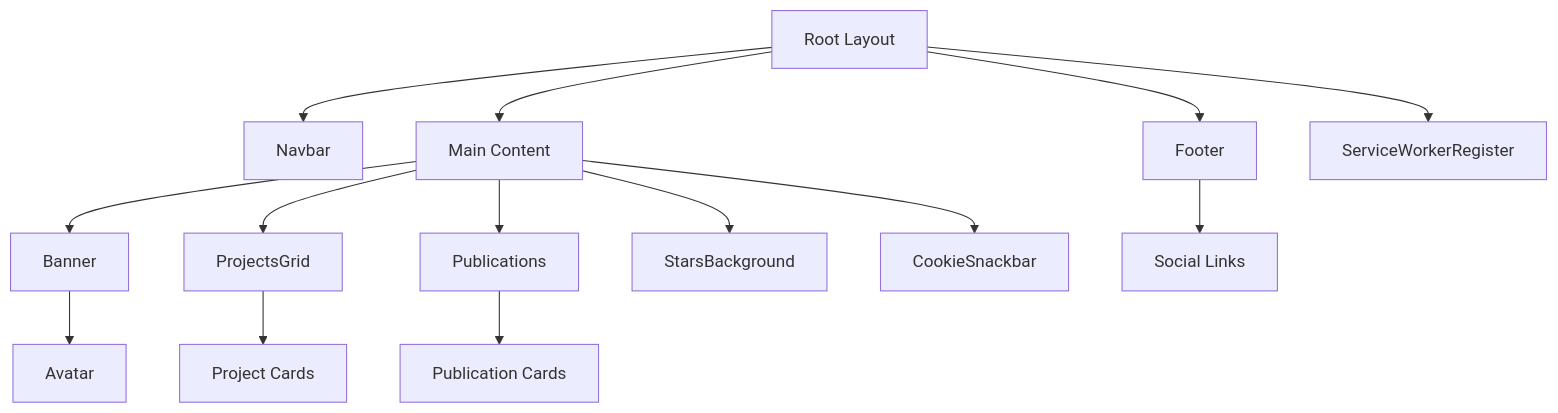
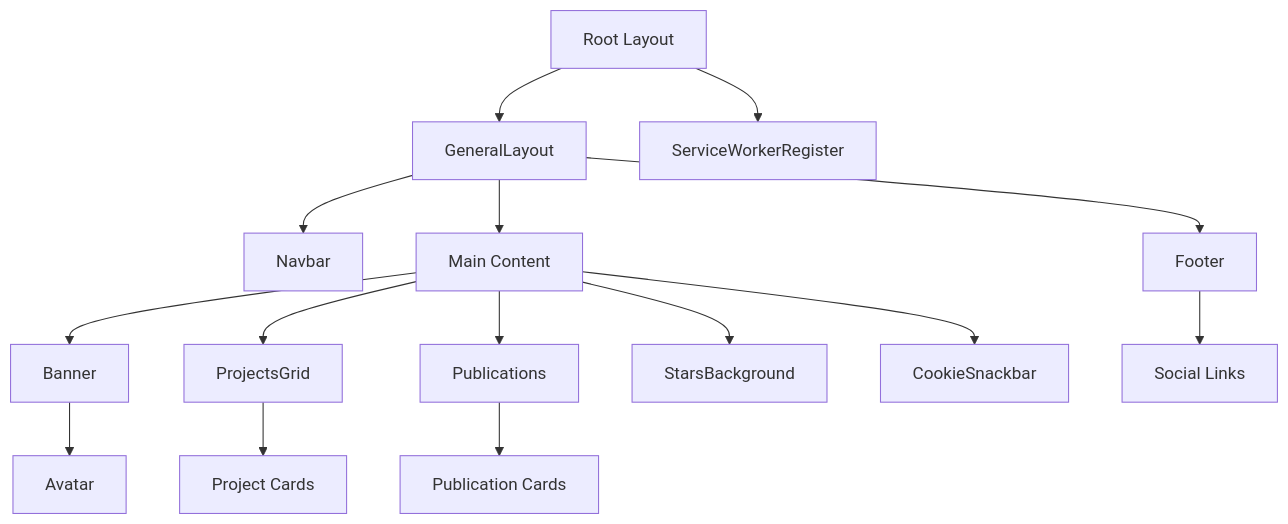
The first of 3 diagrams in docs/architecture/components/index.md (AlexJSully/AlexJSully-Portfolio), drawn with Mermaid before and after one commit. The commit also changed other lines of this file and 42 other files, not shown here.

````diff
--- a/docs/architecture/components/index.md
+++ b/docs/architecture/components/index.md
@@ -20,21 +20,22 @@
 ```mermaid
 flowchart TD
     accTitle: Page Component Composition Tree
-    accDescr: Root Layout wraps Navbar, Main Content, Footer, and ServiceWorkerRegister. Main Content contains Banner, ProjectsGrid, Publications, StarsBackground, CookieSnackbar. Banner contains Avatar. ProjectsGrid and Publications generate cards. Footer contains social links
-    RootLayout[Root Layout] --> Navbar
-    RootLayout --> Main[Main Content]
-    RootLayout --> Footer
+    accDescr: Root Layout wraps GeneralLayout and ServiceWorkerRegister. GeneralLayout wraps Navbar, Main Content, and Footer. Main Content contains Banner, ProjectsGrid, Publications, StarsBackground, CookieSnackbar. Banner contains Avatar. ProjectsGrid and Publications generate cards. Footer contains social links
+    RootLayout[Root Layout] --> GeneralLayout
     RootLayout --> ServiceWorkerRegister
+    GeneralLayout --> Navbar
+    GeneralLayout --> Main[Main Content]
+    GeneralLayout --> Footer
 
     Main --> Banner
     Main --> ProjectsGrid
     Main --> Publications
     Main --> StarsBackground
     Main --> CookieSnackbar
 
     Banner --> Avatar
 
     ProjectsGrid --> ProjectCards[Project Cards]
     Publications --> PublicationCards[Publication Cards]
     Footer --> SocialLinks[Social Links]
 ```
````
